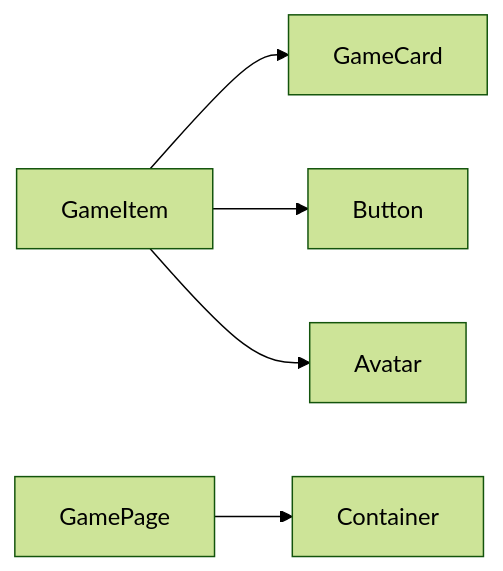
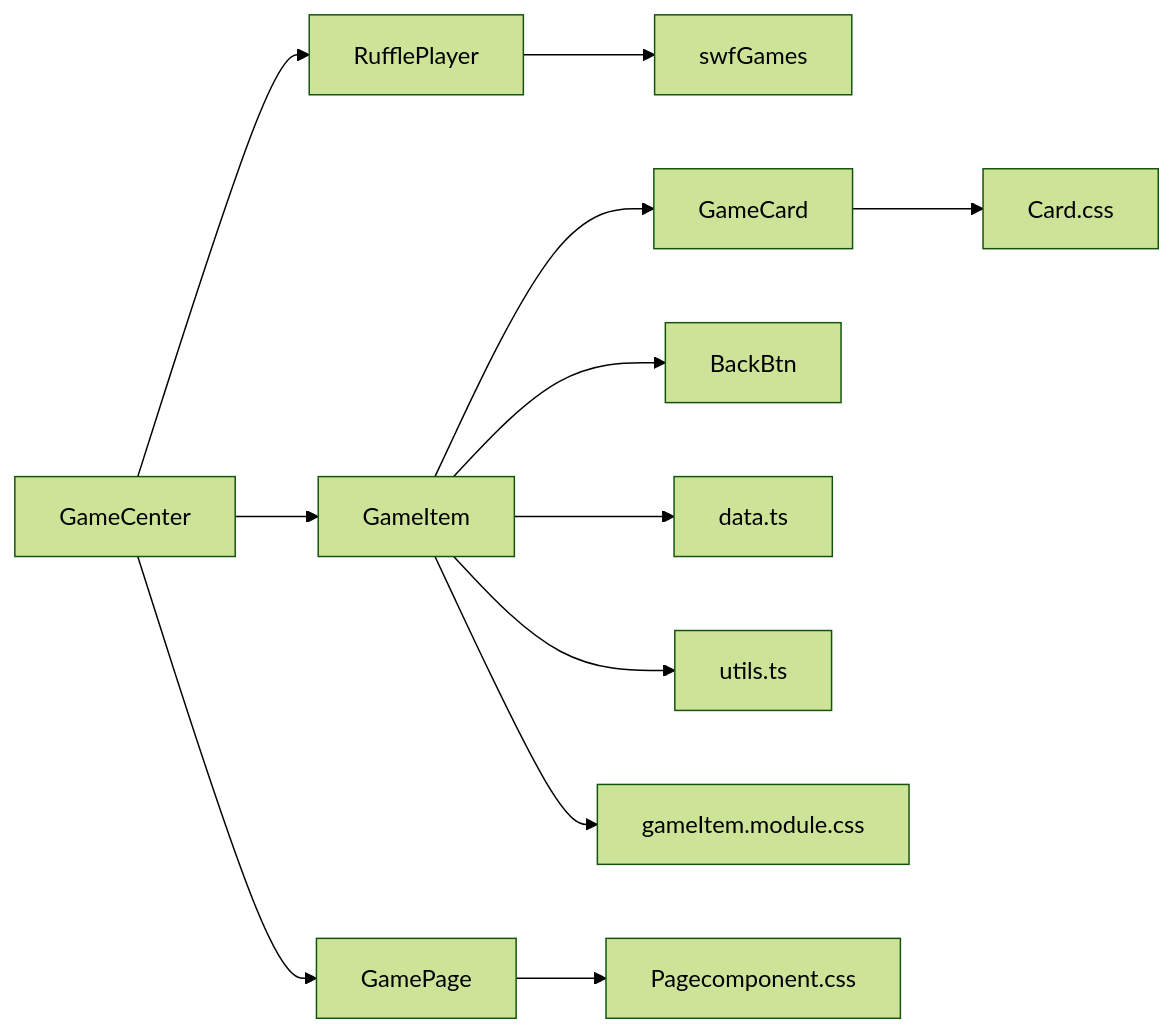
One commit to KTBOY/cali.so changed the seventh of 13 diagrams in .qoder/repowiki/zh/content/架构设计/组件系统设计.md. Above: the diagram before and after it, drawn with Mermaid (forest theme). The commit also changed other lines of this file and 11 other files, not shown here.

````diff
--- a/.qoder/repowiki/zh/content/架构设计/组件系统设计.md
+++ b/.qoder/repowiki/zh/content/架构设计/组件系统设计.md
@@ -476,7 +557,14 @@
 ```mermaid
 graph LR
-GameItem["GameItem"] --> GameCard["GameCard"]
-GamePage["GamePage"] --> Container["Container"]
-GameItem --> Button["Button"]
-GameItem --> Avatar["Avatar"]
+GameCenter["GameCenter"] --> RufflePlayer["RufflePlayer"]
+GameCenter --> GameItem["GameItem"]
+GameCenter --> GamePage["GamePage"]
+GameItem --> GameCard["GameCard"]
+GameItem --> BackBtn["BackBtn"]
+RufflePlayer --> SWFGames["swfGames"]
+GameItem --> Data["data.ts"]
+GameItem --> Utils["utils.ts"]
+GameCard --> CardCSS["Card.css"]
+GameItem --> ItemCSS["gameItem.module.css"]
+GamePage --> PageCSS["Pagecomponent.css"]
 ```
````
